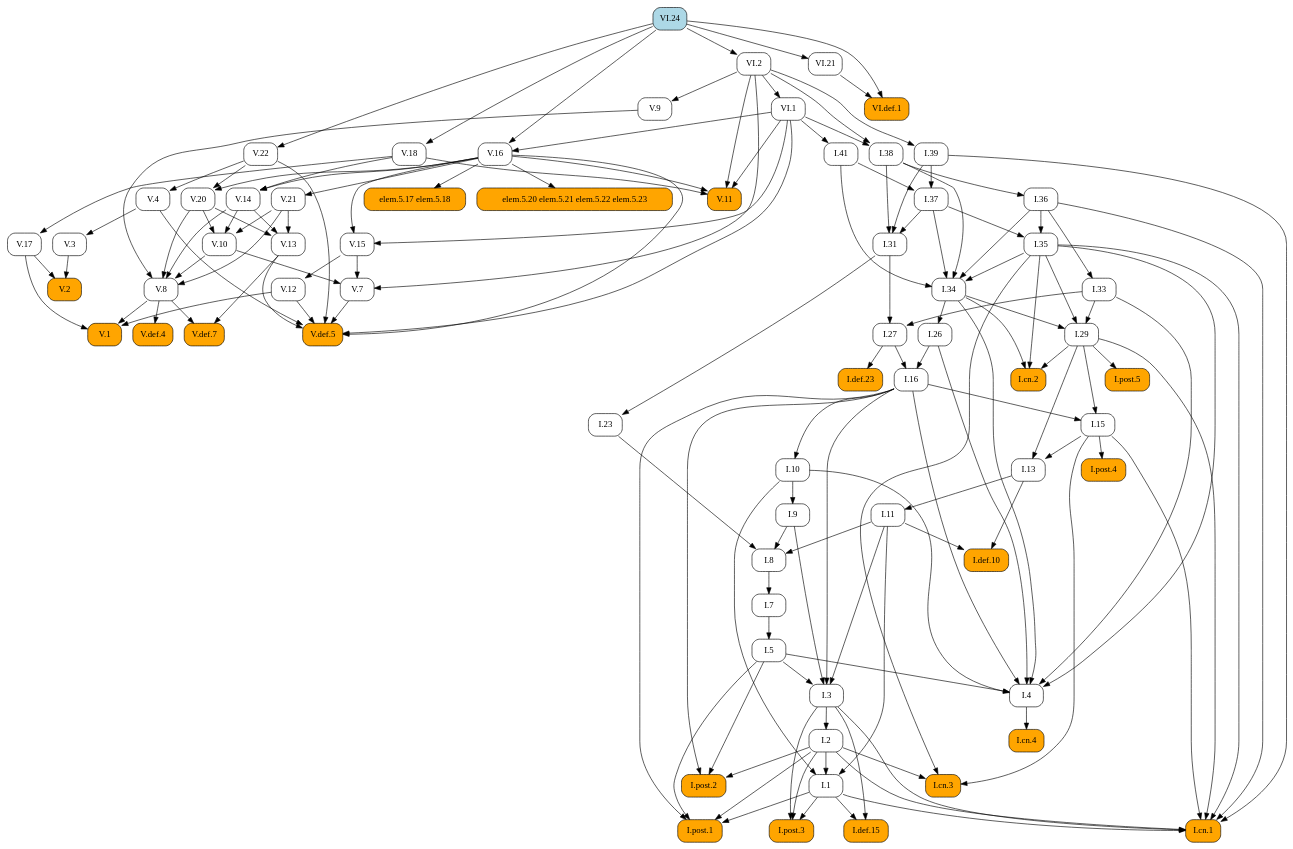
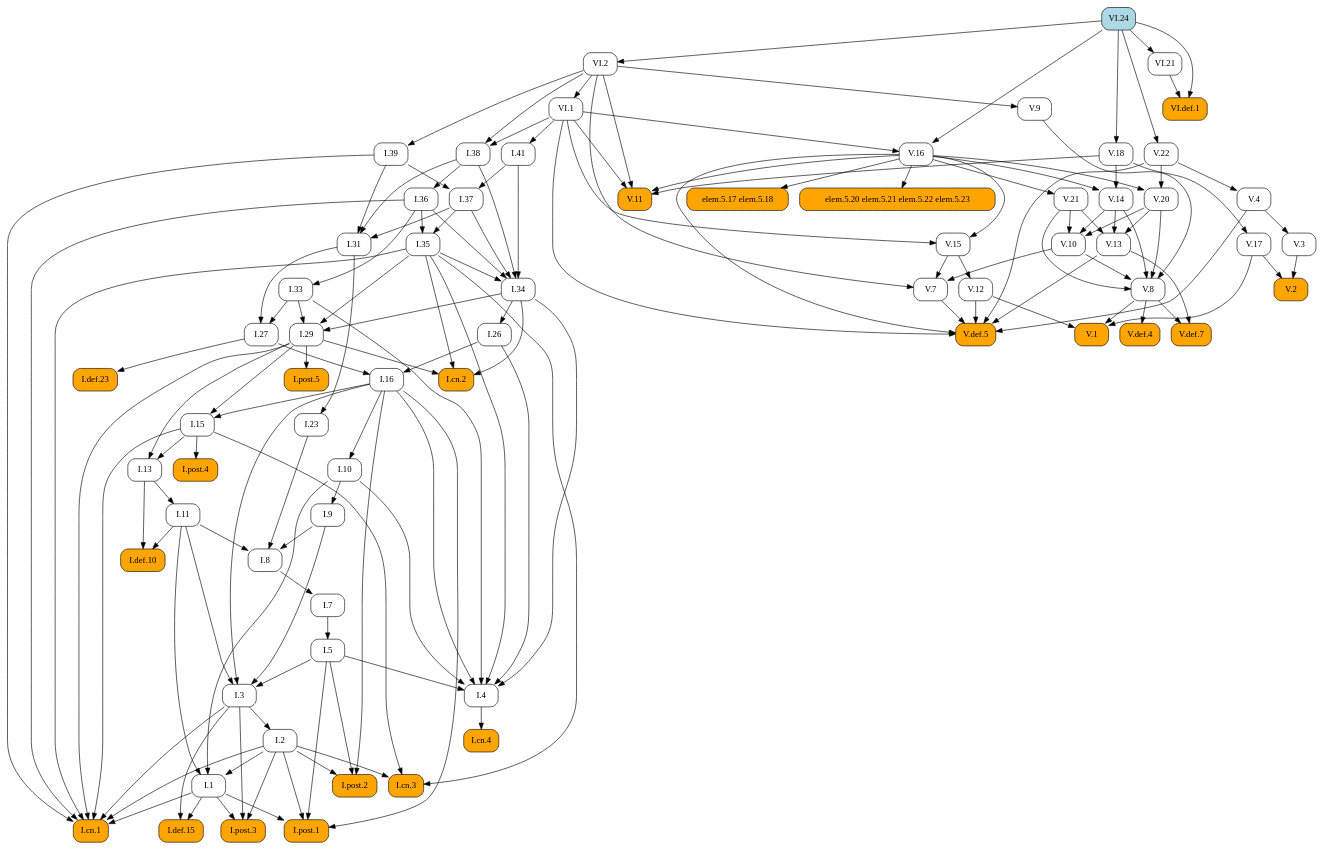
One commit to geometor/elements changed the diagram in docsrc/elements2/VI/24/index.rst. Above: the diagram before and after it, drawn with Graphviz. The commit also changed other lines of this file and 409 other files, not shown here.

First line of the commit message:
feat: Add image cropping and graphic extraction script

```diff
--- a/docsrc/elements2/VI/24/index.rst
+++ b/docsrc/elements2/VI/24/index.rst
@@ -123,191 +123,92 @@
    digraph {
      rankdir="TB";
      node [shape=box, style=rounded];
+     "I.31" [URL="/elements2/I/31/", target="_top"];
+     "I.41" [URL="/elements2/I/41/", target="_top"];
+     "V.10" [URL="/elements2/V/10/", target="_top"];
+     "I.8" [URL="/elements2/I/8/", target="_top"];
+     "V.8" [URL="/elements2/V/8/", target="_top"];
+     "VI.1" [URL="/elements2/VI/1/", target="_top"];
+     "I.15" [URL="/elements2/I/15/", target="_top"];
+     "I.26" [URL="/elements2/I/26/", target="_top"];
+     "I.cn.1" [style="rounded,filled", fillcolor=orange, URL="/elements2/I/cn.1/", target="_top"];
+     "elem.5.20 elem.5.21 elem.5.22 elem.5.23" [style="rounded,filled", fillcolor=orange];
+     "V.def.5" [style="rounded,filled", fillcolor=orange, URL="/elements2/V/def.5/", target="_top"];
+     "V.17" [URL="/elements2/V/17/", target="_top"];
+     "I.16" [URL="/elements2/I/16/", target="_top"];
+     "I.35" [URL="/elements2/I/35/", target="_top"];
+     "I.34" [URL="/elements2/I/34/", target="_top"];
+     "I.33" [URL="/elements2/I/33/", target="_top"];
+     "V.15" [URL="/elements2/V/15/", target="_top"];
+     "V.4" [URL="/elements2/V/4/", target="_top"];
+     "V.14" [URL="/elements2/V/14/", target="_top"];
+     "elem.5.17 elem.5.18" [style="rounded,filled", fillcolor=orange];
+     "V.3" [URL="/elements2/V/3/", target="_top"];
+     "I.def.15" [style="rounded,filled", fillcolor=orange, URL="/elements2/I/def.15/", target="_top"];
+     "I.11" [URL="/elements2/I/11/", target="_top"];
+     "V.11" [style="rounded,filled", fillcolor=orange, URL="/elements2/V/11/", target="_top"];
+     "I.cn.3" [style="rounded,filled", fillcolor=orange, URL="/elements2/I/cn.3/", target="_top"];
+     "I.9" [URL="/elements2/I/9/", target="_top"];
+     "I.29" [URL="/elements2/I/29/", target="_top"];
+     "V.13" [URL="/elements2/V/13/", target="_top"];
+     "I.36" [URL="/elements2/I/36/", target="_top"];
+     "I.post.1" [style="rounded,filled", fillcolor=orange, URL="/elements2/I/post.1/", target="_top"];
+     "V.def.4" [style="rounded,filled", fillcolor=orange, URL="/elements2/V/def.4/", target="_top"];
+     "VI.2" [URL="/elements2/VI/2/", target="_top"];
+     "I.27" [URL="/elements2/I/27/", target="_top"];
+     "V.1" [style="rounded,filled", fillcolor=orange, URL="/elements2/V/1/", target="_top"];
+     "I.cn.4" [style="rounded,filled", fillcolor=orange, URL="/elements2/I/cn.4/", target="_top"];
+     "I.post.4" [style="rounded,filled", fillcolor=orange, URL="/elements2/I/post.4/", target="_top"];
+     "I.cn.2" [style="rounded,filled", fillcolor=orange, URL="/elements2/I/cn.2/", target="_top"];
+     "V.7" [URL="/elements2/V/7/", target="_top"];
+     "I.37" [URL="/elements2/I/37/", target="_top"];
+     "V.21" [URL="/elements2/V/21/", target="_top"];
+     "I.5" [URL="/elements2/I/5/", target="_top"];
+     "V.def.7" [style="rounded,filled", fillcolor=orange, URL="/elements2/V/def.7/", target="_top"];
+     "V.12" [URL="/elements2/V/12/", target="_top"];
+     "I.7" [URL="/elements2/I/7/", target="_top"];
+     "V.18" [URL="/elements2/V/18/", target="_top"];
+     "I.23" [URL="/elements2/I/23/", target="_top"];
+     "V.9" [URL="/elements2/V/9/", target="_top"];
+     "V.2" [style="rounded,filled", fillcolor=orange, URL="/elements2/V/2/", target="_top"];
+     "VI.21" [URL="/elements2/VI/21/", target="_top"];
+     "I.38" [URL="/elements2/I/38/", target="_top"];
      "V.20" [URL="/elements2/V/20/", target="_top"];
-     "I.8" [URL="/elements2/I/8/", target="_top"];
-     "I.36" [URL="/elements2/I/36/", target="_top"];
-     "V.def.5" [style="rounded,filled", fillcolor=orange, URL="/elements2/V/def.5/", target="_top"];
-     "V.def.7" [style="rounded,filled", fillcolor=orange, URL="/elements2/V/def.7/", target="_top"];
-     "I.38" [URL="/elements2/I/38/", target="_top"];
+     "I.def.23" [style="rounded,filled", fillcolor=orange, URL="/elements2/I/def.23/", target="_top"];
+     "I.def.10" [style="rounded,filled", fillcolor=orange, URL="/elements2/I/def.10/", target="_top"];
+     "V.16" [URL="/elements2/V/16/", target="_top"];
+     "VI.24" [style="rounded,filled", fillcolor=lightblue, URL="/elements2/VI/24/", target="_top"];
      "I.post.5" [style="rounded,filled", fillcolor=orange, URL="/elements2/I/post.5/", target="_top"];
-     "I.def.10" [style="rounded,filled", fillcolor=orange, URL="/elements2/I/def.10/", target="_top"];
-     "I.cn.2" [style="rounded,filled", fillcolor=orange, URL="/elements2/I/cn.2/", target="_top"];
-     "I.31" [URL="/elements2/I/31/", target="_top"];
+     "I.3" [URL="/elements2/I/3/", target="_top"];
+     "I.10" [URL="/elements2/I/10/", target="_top"];
+     "I.13" [URL="/elements2/I/13/", target="_top"];
+     "I.4" [URL="/elements2/I/4/", target="_top"];
+     "I.post.3" [style="rounded,filled", fillcolor=orange, URL="/elements2/I/post.3/", target="_top"];
+     "I.39" [URL="/elements2/I/39/", target="_top"];
+     "I.2" [URL="/elements2/I/2/", target="_top"];
+     "VI.def.1" [style="rounded,filled", fillcolor=orange, URL="/elements2/VI/def.1/", target="_top"];
+     "I.1" [URL="/elements2/I/1/", target="_top"];
      "I.post.2" [style="rounded,filled", fillcolor=orange, URL="/elements2/I/post.2/", target="_top"];
-     "I.def.23" [style="rounded,filled", fillcolor=orange, URL="/elements2/I/def.23/", target="_top"];
-     "I.26" [URL="/elements2/I/26/", target="_top"];
-     "V.17" [URL="/elements2/V/17/", target="_top"];
-     "VI.21" [URL="/elements2/VI/21/", target="_top"];
-     "V.3" [URL="/elements2/V/3/", target="_top"];
-     "I.cn.3" [style="rounded,filled", fillcolor=orange, URL="/elements2/I/cn.3/", target="_top"];
-     "V.2" [style="rounded,filled", fillcolor=orange, URL="/elements2/V/2/", target="_top"];
-     "V.12" [URL="/elements2/V/12/", target="_top"];
      "V.22" [URL="/elements2/V/22/", target="_top"];
-     "I.41" [URL="/elements2/I/41/", target="_top"];
-     "I.35" [URL="/elements2/I/35/", target="_top"];
-     "I.27" [URL="/elements2/I/27/", target="_top"];
-     "I.4" [URL="/elements2/I/4/", target="_top"];
-     "V.8" [URL="/elements2/V/8/", target="_top"];
-     "VI.2" [URL="/elements2/VI/2/", target="_top"];
-     "I.39" [URL="/elements2/I/39/", target="_top"];
-     "I.15" [URL="/elements2/I/15/", target="_top"];
-     "I.34" [URL="/elements2/I/34/", target="_top"];
-     "VI.24" [style="rounded,filled", fillcolor=lightblue, URL="/elements2/VI/24/", target="_top"];
-     "I.post.3" [style="rounded,filled", fillcolor=orange, URL="/elements2/I/post.3/", target="_top"];
-     "V.18" [URL="/elements2/V/18/", target="_top"];
-     "V.def.4" [style="rounded,filled", fillcolor=orange, URL="/elements2/V/def.4/", target="_top"];
-     "I.post.1" [style="rounded,filled", fillcolor=orange, URL="/elements2/I/post.1/", target="_top"];
-     "I.33" [URL="/elements2/I/33/", target="_top"];
-     "I.5" [URL="/elements2/I/5/", target="_top"];
-     "elem.5.17 elem.5.18" [style="rounded,filled", fillcolor=orange];
-     "VI.1" [URL="/elements2/VI/1/", target="_top"];
-     "V.11" [style="rounded,filled", fillcolor=orange, URL="/elements2/V/11/", target="_top"];
-     "V.13" [URL="/elements2/V/13/", target="_top"];
-     "V.9" [URL="/elements2/V/9/", target="_top"];
-     "V.16" [URL="/elements2/V/16/", target="_top"];
-     "I.def.15" [style="rounded,filled", fillcolor=orange, URL="/elements2/I/def.15/", target="_top"];
-     "V.15" [URL="/elements2/V/15/", target="_top"];
-     "I.11" [URL="/elements2/I/11/", target="_top"];
-     "I.3" [URL="/elements2/I/3/", target="_top"];
-     "V.14" [URL="/elements2/V/14/", target="_top"];
-     "V.10" [URL="/elements2/V/10/", target="_top"];
-     "I.1" [URL="/elements2/I/1/", target="_top"];
-     "I.cn.4" [style="rounded,filled", fillcolor=orange, URL="/elements2/I/cn.4/", target="_top"];
-     "I.7" [URL="/elements2/I/7/", target="_top"];
-     "I.9" [URL="/elements2/I/9/", target="_top"];
-     "V.7" [URL="/elements2/V/7/", target="_top"];
-     "V.1" [style="rounded,filled", fillcolor=orange, URL="/elements2/V/1/", target="_top"];
-     "elem.5.20 elem.5.21 elem.5.22 elem.5.23" [style="rounded,filled", fillcolor=orange];
-     "V.21" [URL="/elements2/V/21/", target="_top"];
-     "I.cn.1" [style="rounded,filled", fillcolor=orange, URL="/elements2/I/cn.1/", target="_top"];
-     "I.29" [URL="/elements2/I/29/", target="_top"];
-     "I.16" [URL="/elements2/I/16/", target="_top"];
-     "I.13" [URL="/elements2/I/13/", target="_top"];
-     "I.post.4" [style="rounded,filled", fillcolor=orange, URL="/elements2/I/post.4/", target="_top"];
-     "VI.def.1" [style="rounded,filled", fillcolor=orange, URL="/elements2/VI/def.1/", target="_top"];
-     "I.2" [URL="/elements2/I/2/", target="_top"];
-     "I.37" [URL="/elements2/I/37/", target="_top"];
-     "I.10" [URL="/elements2/I/10/", target="_top"];
-     "I.23" [URL="/elements2/I/23/", target="_top"];
-     "V.4" [URL="/elements2/V/4/", target="_top"];
-     "V.16" -> "V.20";
-     "V.22" -> "V.20";
+     "I.37" -> "I.31";
+     "I.38" -> "I.31";
+     "I.39" -> "I.31";
+     "VI.1" -> "I.41";
+     "V.14" -> "V.10";
+     "V.20" -> "V.10";
+     "V.21" -> "V.10";
      "I.9" -> "I.8";
      "I.11" -> "I.8";
      "I.23" -> "I.8";
-     "I.38" -> "I.36";
-     "V.4" -> "V.def.5";
-     "V.7" -> "V.def.5";
-     "V.12" -> "V.def.5";
-     "V.13" -> "V.def.5";
-     "V.16" -> "V.def.5";
-     "V.22" -> "V.def.5";
-     "VI.1" -> "V.def.5";
-     "V.8" -> "V.def.7";
-     "V.13" -> "V.def.7";
-     "VI.1" -> "I.38";
-     "VI.2" -> "I.38";
-     "I.29" -> "I.post.5";
-     "I.11" -> "I.def.10";
-     "I.13" -> "I.def.10";
-     "I.29" -> "I.cn.2";
-     "I.34" -> "I.cn.2";
-     "I.35" -> "I.cn.2";
-     "I.37" -> "I.31";
-     "I.38" -> "I.31";
-     "I.39" -> "I.31";
-     "I.2" -> "I.post.2";
-     "I.5" -> "I.post.2";
-     "I.16" -> "I.post.2";
-     "I.27" -> "I.def.23";
-     "I.34" -> "I.26";
-     "V.18" -> "V.17";
-     "VI.24" -> "VI.21";
-     "V.4" -> "V.3";
-     "I.2" -> "I.cn.3";
-     "I.15" -> "I.cn.3";
-     "I.35" -> "I.cn.3";
-     "V.3" -> "V.2";
-     "V.17" -> "V.2";
-     "V.15" -> "V.12";
-     "VI.24" -> "V.22";
-     "VI.1" -> "I.41";
-     "I.36" -> "I.35";
-     "I.37" -> "I.35";
-     "I.31" -> "I.27";
-     "I.33" -> "I.27";
-     "I.5" -> "I.4";
-     "I.10" -> "I.4";
-     "I.16" -> "I.4";
-     "I.26" -> "I.4";
-     "I.33" -> "I.4";
-     "I.34" -> "I.4";
-     "I.35" -> "I.4";
      "V.9" -> "V.8";
      "V.10" -> "V.8";
      "V.14" -> "V.8";
      "V.20" -> "V.8";
      "V.21" -> "V.8";
-     "VI.24" -> "VI.2";
-     "VI.2" -> "I.39";
+     "VI.2" -> "VI.1";
      "I.16" -> "I.15";
      "I.29" -> "I.15";
-     "I.35" -> "I.34";
-     "I.36" -> "I.34";
-     "I.37" -> "I.34";
-     "I.38" -> "I.34";
-     "I.41" -> "I.34";
-     "I.1" -> "I.post.3";
-     "I.2" -> "I.post.3";
-     "I.3" -> "I.post.3";
-     "VI.24" -> "V.18";
-     "V.8" -> "V.def.4";
-     "I.1" -> "I.post.1";
-     "I.2" -> "I.post.1";
-     "I.5" -> "I.post.1";
-     "I.16" -> "I.post.1";
-     "I.36" -> "I.33";
-     "I.7" -> "I.5";
-     "V.16" -> "elem.5.17 elem.5.18";
-     "VI.2" -> "VI.1";
-     "V.16" -> "V.11";
-     "V.18" -> "V.11";
-     "VI.1" -> "V.11";
-     "VI.2" -> "V.11";
-     "V.14" -> "V.13";
-     "V.20" -> "V.13";
-     "V.21" -> "V.13";
-     "VI.2" -> "V.9";
-     "VI.1" -> "V.16";
-     "VI.24" -> "V.16";
-     "I.1" -> "I.def.15";
-     "I.3" -> "I.def.15";
-     "V.16" -> "V.15";
-     "VI.1" -> "V.15";
-     "I.13" -> "I.11";
-     "I.5" -> "I.3";
-     "I.9" -> "I.3";
-     "I.11" -> "I.3";
-     "I.16" -> "I.3";
-     "V.16" -> "V.14";
-     "V.18" -> "V.14";
-     "V.14" -> "V.10";
-     "V.20" -> "V.10";
-     "V.21" -> "V.10";
-     "I.2" -> "I.1";
-     "I.10" -> "I.1";
-     "I.11" -> "I.1";
-     "I.4" -> "I.cn.4";
-     "I.8" -> "I.7";
-     "I.10" -> "I.9";
-     "V.10" -> "V.7";
-     "V.15" -> "V.7";
-     "VI.2" -> "V.7";
-     "V.8" -> "V.1";
-     "V.12" -> "V.1";
-     "V.17" -> "V.1";
-     "V.16" -> "elem.5.20 elem.5.21 elem.5.22 elem.5.23";
-     "V.16" -> "V.21";
+     "I.34" -> "I.26";
      "I.1" -> "I.cn.1";
      "I.2" -> "I.cn.1";
      "I.3" -> "I.cn.1";
@@ -316,20 +217,119 @@
      "I.35" -> "I.cn.1";
      "I.36" -> "I.cn.1";
      "I.39" -> "I.cn.1";
+     "V.16" -> "elem.5.20 elem.5.21 elem.5.22 elem.5.23";
+     "V.4" -> "V.def.5";
+     "V.7" -> "V.def.5";
+     "V.12" -> "V.def.5";
+     "V.13" -> "V.def.5";
+     "V.16" -> "V.def.5";
+     "V.22" -> "V.def.5";
+     "VI.1" -> "V.def.5";
+     "V.18" -> "V.17";
+     "I.26" -> "I.16";
+     "I.27" -> "I.16";
+     "I.36" -> "I.35";
+     "I.37" -> "I.35";
+     "I.35" -> "I.34";
+     "I.36" -> "I.34";
+     "I.37" -> "I.34";
+     "I.38" -> "I.34";
+     "I.41" -> "I.34";
+     "I.36" -> "I.33";
+     "V.16" -> "V.15";
+     "VI.1" -> "V.15";
+     "V.22" -> "V.4";
+     "V.16" -> "V.14";
+     "V.18" -> "V.14";
+     "V.16" -> "elem.5.17 elem.5.18";
+     "V.4" -> "V.3";
+     "I.1" -> "I.def.15";
+     "I.3" -> "I.def.15";
+     "I.13" -> "I.11";
+     "V.16" -> "V.11";
+     "V.18" -> "V.11";
+     "VI.1" -> "V.11";
+     "VI.2" -> "V.11";
+     "I.2" -> "I.cn.3";
+     "I.15" -> "I.cn.3";
+     "I.35" -> "I.cn.3";
+     "I.10" -> "I.9";
      "I.33" -> "I.29";
      "I.34" -> "I.29";
      "I.35" -> "I.29";
-     "I.26" -> "I.16";
-     "I.27" -> "I.16";
+     "V.14" -> "V.13";
+     "V.20" -> "V.13";
+     "V.21" -> "V.13";
+     "I.38" -> "I.36";
+     "I.1" -> "I.post.1";
+     "I.2" -> "I.post.1";
+     "I.5" -> "I.post.1";
+     "I.16" -> "I.post.1";
+     "V.8" -> "V.def.4";
+     "VI.24" -> "VI.2";
+     "I.31" -> "I.27";
+     "I.33" -> "I.27";
+     "V.8" -> "V.1";
+     "V.12" -> "V.1";
+     "V.17" -> "V.1";
+     "I.4" -> "I.cn.4";
+     "I.15" -> "I.post.4";
+     "I.29" -> "I.cn.2";
+     "I.34" -> "I.cn.2";
+     "I.35" -> "I.cn.2";
+     "V.10" -> "V.7";
+     "V.15" -> "V.7";
+     "VI.2" -> "V.7";
+     "I.39" -> "I.37";
+     "I.41" -> "I.37";
+     "V.16" -> "V.21";
+     "I.7" -> "I.5";
+     "V.8" -> "V.def.7";
+     "V.13" -> "V.def.7";
+     "V.15" -> "V.12";
+     "I.8" -> "I.7";
+     "VI.24" -> "V.18";
+     "I.31" -> "I.23";
+     "VI.2" -> "V.9";
+     "V.3" -> "V.2";
+     "V.17" -> "V.2";
+     "VI.24" -> "VI.21";
+     "VI.1" -> "I.38";
+     "VI.2" -> "I.38";
+     "V.16" -> "V.20";
+     "V.22" -> "V.20";
+     "I.27" -> "I.def.23";
+     "I.11" -> "I.def.10";
+     "I.13" -> "I.def.10";
+     "VI.1" -> "V.16";
+     "VI.24" -> "V.16";
+     "I.29" -> "I.post.5";
+     "I.5" -> "I.3";
+     "I.9" -> "I.3";
+     "I.11" -> "I.3";
+     "I.16" -> "I.3";
+     "I.16" -> "I.10";
      "I.15" -> "I.13";
      "I.29" -> "I.13";
-     "I.15" -> "I.post.4";
+     "I.5" -> "I.4";
+     "I.10" -> "I.4";
+     "I.16" -> "I.4";
+     "I.26" -> "I.4";
+     "I.33" -> "I.4";
+     "I.34" -> "I.4";
+     "I.35" -> "I.4";
+     "I.1" -> "I.post.3";
+     "I.2" -> "I.post.3";
+     "I.3" -> "I.post.3";
+     "VI.2" -> "I.39";
+     "I.3" -> "I.2";
      "VI.21" -> "VI.def.1";
      "VI.24" -> "VI.def.1";
-     "I.3" -> "I.2";
-     "I.39" -> "I.37";
-     "I.41" -> "I.37";
-     "I.16" -> "I.10";
-     "I.31" -> "I.23";
-     "V.22" -> "V.4";
+     "I.2" -> "I.1";
+     "I.10" -> "I.1";
+     "I.11" -> "I.1";
+     "I.2" -> "I.post.2";
+     "I.5" -> "I.post.2";
+     "I.16" -> "I.post.2";
+     "VI.24" -> "V.22";
    }
```
